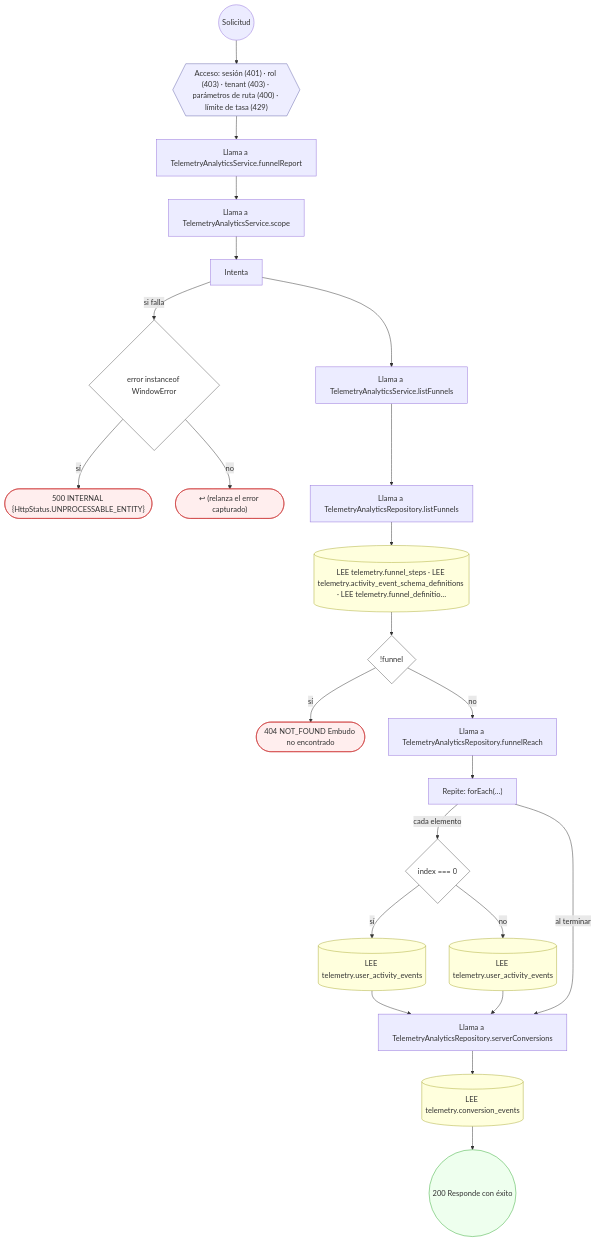
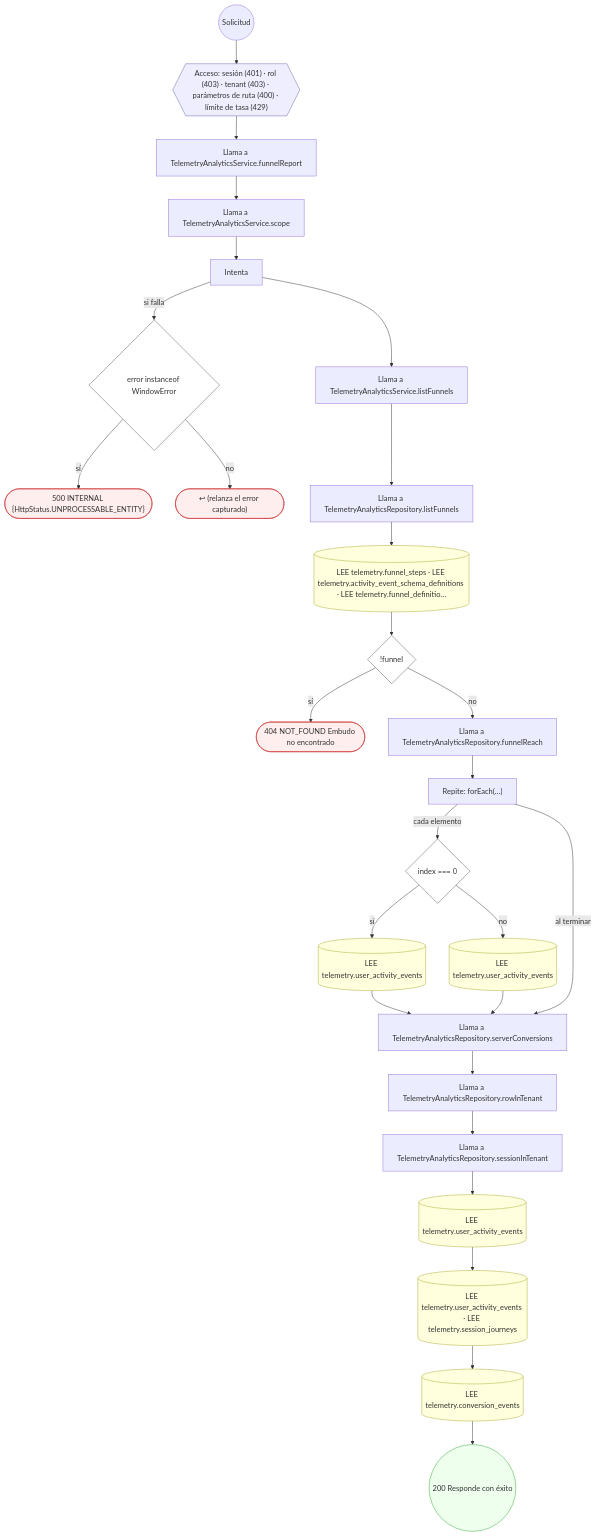
Before and after one commit to mdavila-2001/mantra-core-health-api: the second of 20 diagrams in docs/inventario/flujos/telemetry.md, drawn with Mermaid. The commit also changed other lines of this file and 438 other files, not shown here.

````diff
--- a/docs/inventario/flujos/telemetry.md
+++ b/docs/inventario/flujos/telemetry.md
@@ -213,52 +227,60 @@
 ```mermaid
 flowchart TD
   n1(("Solicitud")):::inicio
   n2{{"Acceso: sesión (401) · rol (403) · tenant (403) · parámetros de ruta (400) · límite de tasa (429)"}}:::acceso
   n1 --> n2
   n3["Llama a TelemetryAnalyticsService.funnelReport"]:::llamada
   n2 --> n3
   n4["Llama a TelemetryAnalyticsService.scope"]:::llamada
   n3 --> n4
   n5["Intenta"]:::intento
   n4 --> n5
   n6{"error instanceof WindowError"}:::decision
   n5 -->|"si falla"| n6
   n7(["500 INTERNAL {HttpStatus.UNPROCESSABLE_ENTITY}"]):::error
   n6 -->|"sí"| n7
   n8(["↩ (relanza el error capturado)"]):::error
   n6 -->|"no"| n8
   n9["Llama a TelemetryAnalyticsService.listFunnels"]:::llamada
   n5 --> n9
   n10["Llama a TelemetryAnalyticsRepository.listFunnels"]:::llamada
   n9 --> n10
   n11[("LEE telemetry.funnel_steps · LEE telemetry.activity_event_schema_definitions · LEE telemetry.funnel_definitio…")]:::efecto
   n10 --> n11
   n12{"!funnel"}:::decision
   n11 --> n12
   n13(["404 NOT_FOUND Embudo no encontrado"]):::error
   n12 -->|"sí"| n13
   n14["Llama a TelemetryAnalyticsRepository.funnelReach"]:::llamada
   n12 -->|"no"| n14
   n15["Repite: forEach(…)"]:::bucle
   n14 --> n15
   n16{"index === 0"}:::decision
   n15 -->|"cada elemento"| n16
   n17[("LEE telemetry.user_activity_events")]:::efecto
   n16 -->|"sí"| n17
   n18[("LEE telemetry.user_activity_events")]:::efecto
   n16 -->|"no"| n18
   n19["Llama a TelemetryAnalyticsRepository.serverConversions"]:::llamada
   n17 --> n19
   n18 --> n19
   n15 -->|"al terminar"| n19
-  n20[("LEE telemetry.conversion_events")]:::efecto
+  n20["Llama a TelemetryAnalyticsRepository.rowInTenant"]:::llamada
   n19 --> n20
-  n21(("200 Responde con éxito")):::ok
+  n21["Llama a TelemetryAnalyticsRepository.sessionInTenant"]:::llamada
   n20 --> n21
+  n22[("LEE telemetry.user_activity_events")]:::efecto
+  n21 --> n22
+  n23[("LEE telemetry.user_activity_events · LEE telemetry.session_journeys")]:::efecto
+  n22 --> n23
+  n24[("LEE telemetry.conversion_events")]:::efecto
+  n23 --> n24
+  n25(("200 Responde con éxito")):::ok
+  n24 --> n25
   classDef acceso fill:#eef,stroke:#66a
   classDef error fill:#fee,stroke:#c33
   classDef ok fill:#efe,stroke:#3a3
   classDef efecto fill:#ffd,stroke:#aa3
   classDef decision fill:#fff,stroke:#555
   classDef corte fill:#eee,stroke:#999,stroke-dasharray: 4
 ```
````
